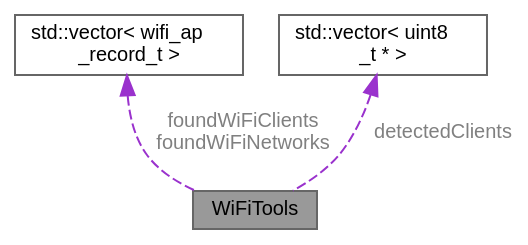
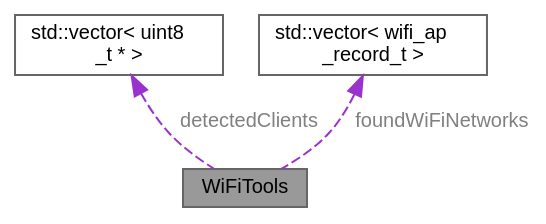
Before and after one commit to Jonathan-0101/skeletonKey: the diagram in classWiFiTools__coll__graph.dot, drawn with Graphviz. The commit also changed 24 other files, not shown here.

```diff
--- a/classWiFiTools__coll__graph.dot
+++ b/classWiFiTools__coll__graph.dot
@@ -1,12 +1,12 @@
 digraph "WiFiTools"
 {
  // LATEX_PDF_SIZE
   bgcolor="transparent";
   edge [fontname=Helvetica,fontsize=10,labelfontname=Helvetica,labelfontsize=10];
   node [fontname=Helvetica,fontsize=10,shape=box,height=0.2,width=0.4];
   Node1 [id="Node000001",label="WiFiTools",height=0.2,width=0.4,color="gray40", fillcolor="grey60", style="filled", fontcolor="black",tooltip=" "];
-  Node2 -> Node1 [id="edge1_Node000001_Node000002",dir="back",color="darkorchid3",style="dashed",tooltip=" ",label=" foundWiFiClients\nfoundWiFiNetworks",fontcolor="grey" ];
-  Node2 [id="Node000002",label="std::vector\< wifi_ap\l_record_t \>",height=0.2,width=0.4,color="gray40", fillcolor="white", style="filled",tooltip=" "];
-  Node3 -> Node1 [id="edge2_Node000001_Node000003",dir="back",color="darkorchid3",style="dashed",tooltip=" ",label=" detectedClients",fontcolor="grey" ];
-  Node3 [id="Node000003",label="std::vector\< uint8\l_t * \>",height=0.2,width=0.4,color="gray40", fillcolor="white", style="filled",tooltip=" "];
+  Node2 -> Node1 [id="edge1_Node000001_Node000002",dir="back",color="darkorchid3",style="dashed",tooltip=" ",label=" detectedClients",fontcolor="grey" ];
+  Node2 [id="Node000002",label="std::vector\< uint8\l_t * \>",height=0.2,width=0.4,color="gray40", fillcolor="white", style="filled",tooltip=" "];
+  Node3 -> Node1 [id="edge2_Node000001_Node000003",dir="back",color="darkorchid3",style="dashed",tooltip=" ",label=" foundWiFiNetworks",fontcolor="grey" ];
+  Node3 [id="Node000003",label="std::vector\< wifi_ap\l_record_t \>",height=0.2,width=0.4,color="gray40", fillcolor="white", style="filled",tooltip=" "];
 }
```
